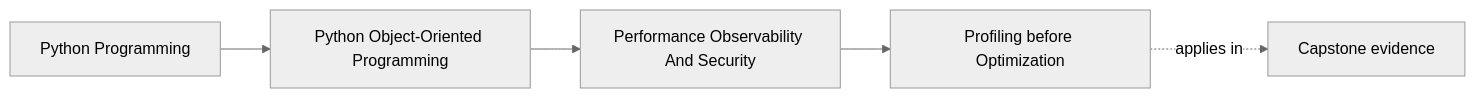
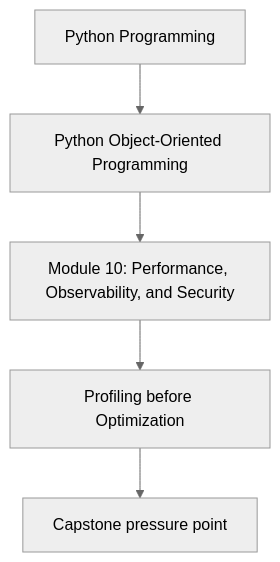
Before and after one commit to bijux/bijux-masterclass: the first of 2 diagrams in programs/python-programming/python-object-oriented-programming/course-book/module-10-performance-observability-and-security/profiling-before-optimization.md, drawn with Mermaid (neutral theme). The commit also changed other lines of this file and 107 other files, not shown here.

Commit message:
docs(python-object-oriented-programming): align concept page diagrams

````diff
--- a/programs/python-programming/python-object-oriented-programming/course-book/module-10-performance-observability-and-security/profiling-before-optimization.md
+++ b/programs/python-programming/python-object-oriented-programming/course-book/module-10-performance-observability-and-security/profiling-before-optimization.md
@@ -7,11 +7,7 @@
 ```mermaid
-graph LR
-  family["Python Programming"]
-  program["Python Object-Oriented Programming"]
-  section["Performance Observability And Security"]
-  page["Profiling before Optimization"]
-  capstone["Capstone evidence"]
-
-  family --> program --> section --> page
-  page -.applies in.-> capstone
+flowchart TD
+  family["Python Programming"] --> program["Python Object-Oriented Programming"]
+  program --> module["Module 10: Performance, Observability, and Security"]
+  module --> concept["Profiling before Optimization"]
+  concept --> capstone["Capstone pressure point"]
 ```
````
